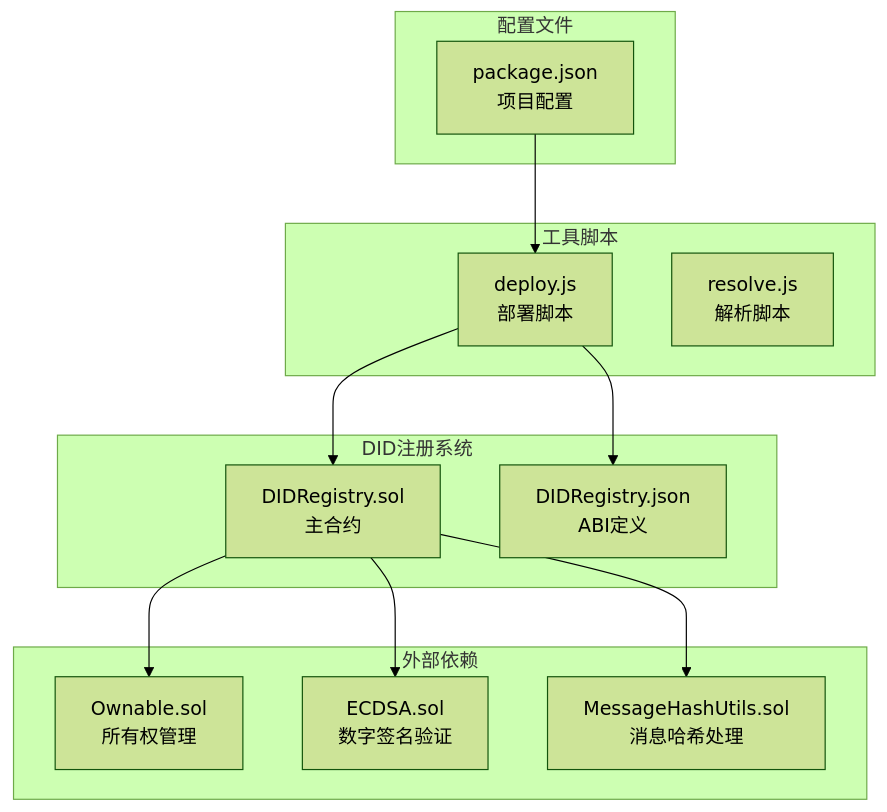
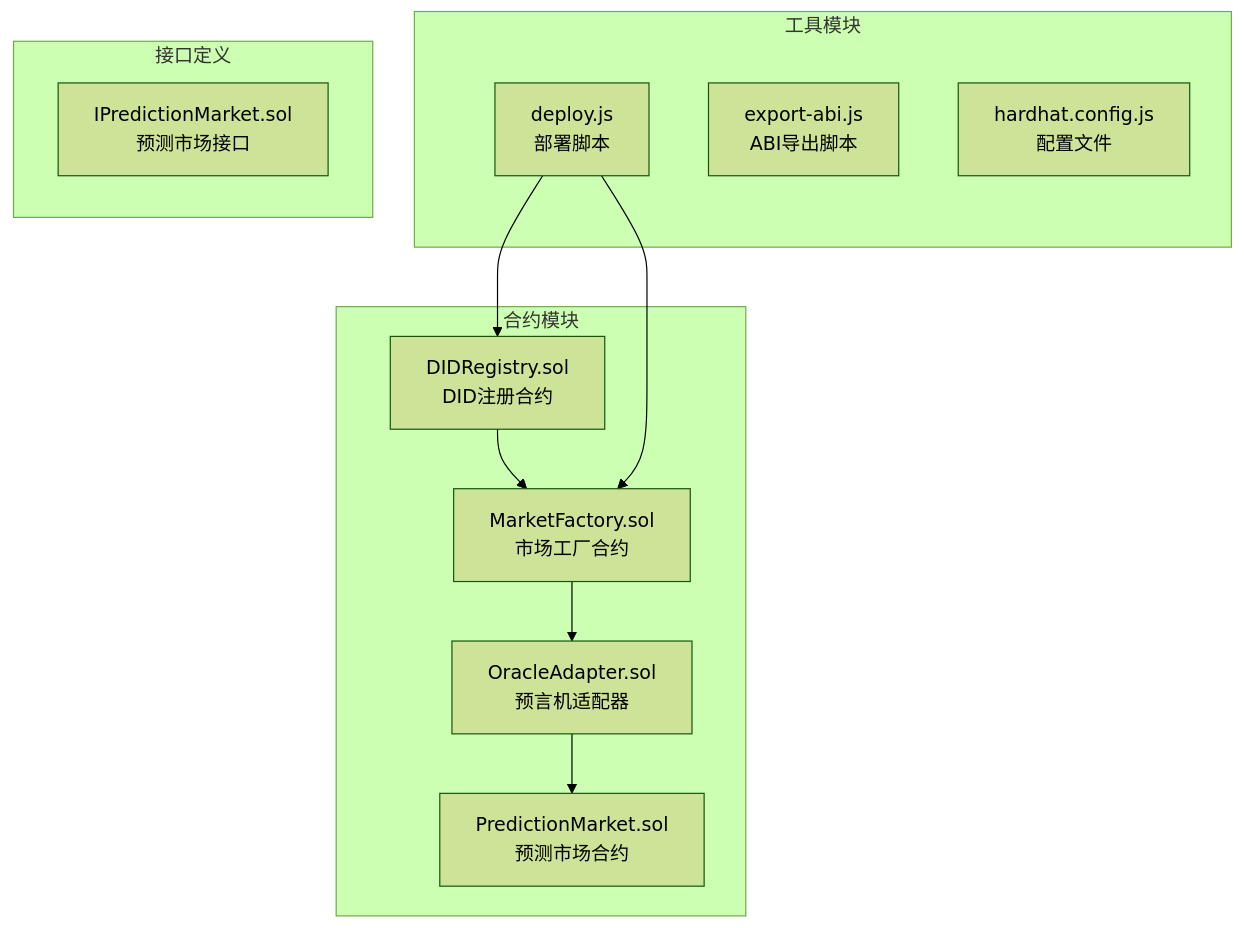
The first of 7 diagrams in contracts/.qoder/repowiki/zh/content/API参考/DID注册API.md (SimonHofman/PredictionDIDSimple), drawn with Mermaid (forest theme) before and after one commit. The commit also changed other lines of this file and 162 other files, not shown here.

````diff
--- a/contracts/.qoder/repowiki/zh/content/API参考/DID注册API.md
+++ b/contracts/.qoder/repowiki/zh/content/API参考/DID注册API.md
@@ -37,25 +34,22 @@
 ```mermaid
 graph TB
-subgraph "DID注册系统"
-DIDRegistry[DIDRegistry.sol<br/>主合约]
-ABI[DIDRegistry.json<br/>ABI定义]
+subgraph "合约模块"
+DID[DIDRegistry.sol<br/>DID注册合约]
+MarketFactory[MarketFactory.sol<br/>市场工厂合约]
+OracleAdapter[OracleAdapter.sol<br/>预言机适配器]
+PredictionMarket[PredictionMarket.sol<br/>预测市场合约]
 end
-subgraph "工具脚本"
+subgraph "工具模块"
 Deploy[deploy.js<br/>部署脚本]
-Resolve[resolve.js<br/>解析脚本]
+Export[export-abi.js<br/>ABI导出脚本]
+Config[hardhat.config.js<br/>配置文件]
 end
-subgraph "配置文件"
-Package[package.json<br/>项目配置]
+subgraph "接口定义"
+IPrediction[IPredictionMarket.sol<br/>预测市场接口]
 end
-subgraph "外部依赖"
-Ownable[Ownable.sol<br/>所有权管理]
-ECDSA[ECDSA.sol<br/>数字签名验证]
-MessageHashUtils[MessageHashUtils.sol<br/>消息哈希处理]
-end
-DIDRegistry --> Ownable
-DIDRegistry --> ECDSA
-DIDRegistry --> MessageHashUtils
-Deploy --> DIDRegistry
-Deploy --> ABI
-Package --> Deploy
+DID --> MarketFactory
+MarketFactory --> OracleAdapter
+OracleAdapter --> PredictionMarket
+Deploy --> DID
+Deploy --> MarketFactory
 ```
````
